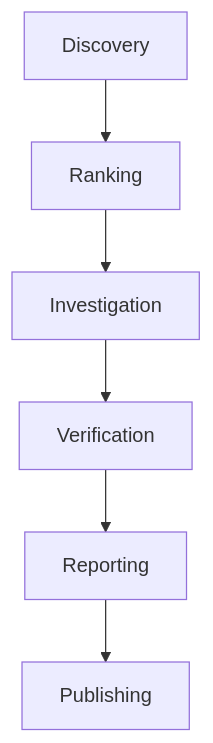
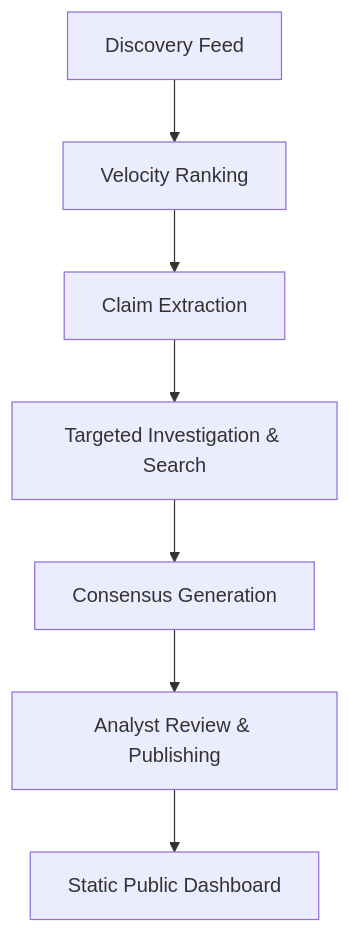
Before and after one commit to pratyakshkwatra/factline.one: the diagram in README.md, drawn with Mermaid. The commit also changed other lines of this file, not shown here.

Commit message:
docs(readme): update architecture and setup instructions for V2

````diff
--- a/README.md
+++ b/README.md
@@ -74,8 +51,9 @@
 ```mermaid
 graph TD
-    A[Discovery] --> B[Ranking]
-    B --> C[Investigation]
-    C --> D[Verification]
-    D --> E[Reporting]
-    E --> F[Publishing]
+    A[Discovery Feed] --> B[Velocity Ranking]
+    B --> C[Claim Extraction]
+    C --> D[Targeted Investigation & Search]
+    D --> E[Consensus Generation]
+    E --> F[Analyst Review & Publishing]
+    F --> G[Static Public Dashboard]
 ```
````
